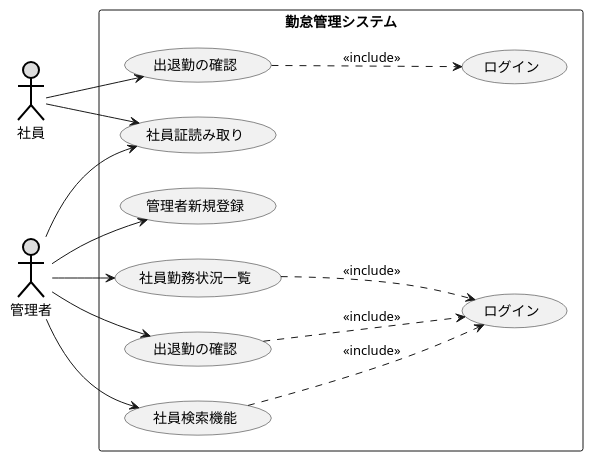
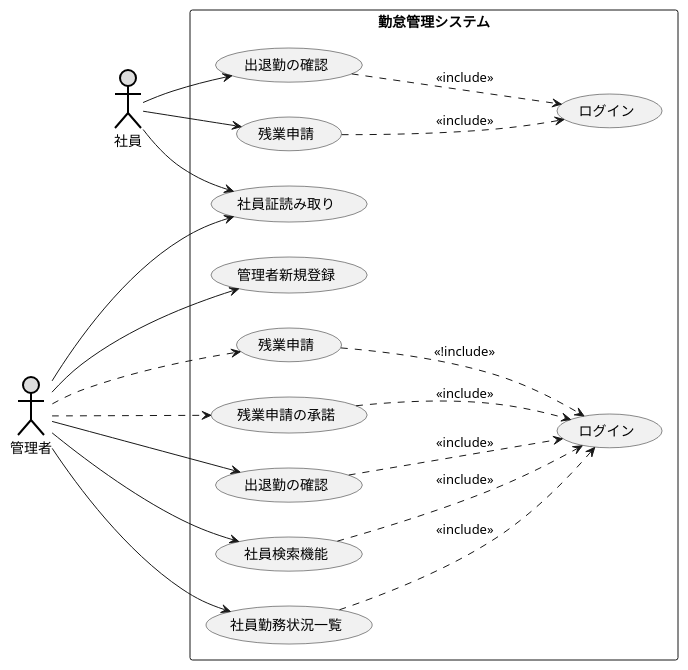
One commit to hosoya0503/uml-intro changed the diagram in pro.pu. Above: the diagram before and after it, drawn with PlantUML.

Commit message:
残業

```diff
--- a/pro.pu
+++ b/pro.pu
@@ -1,30 +1,38 @@
 @startuml プロジェクト開発
 left to right direction
 actor 社員 #DDDDDD;line:black;line.bold;
 actor 管理者 #DDDDDD;line:black;line.bold;
 rectangle 勤怠管理システム {
     usecase 社員証読み取り
     usecase ログイン as 社員ログイン
     usecase 出退勤の確認 as 社員用確認
+    usecase 残業申請 as 社員残業
 
     usecase ログイン as 管理者ログイン
     usecase 管理者新規登録
     usecase 出退勤の確認 as 管理者用確認
     usecase 社員検索機能
     usecase 社員勤務状況一覧
+    usecase 残業申請 as 管理者残業
+    usecase 残業申請の承諾
 
 }
 社員 --> 社員証読み取り
 社員 --> 社員用確認
 社員用確認 --.> 社員ログイン: << include >>
+社員 --> 社員残業
+社員残業 --.> 社員ログイン: << include >>
 
 管理者 --> 社員証読み取り
 管理者 --> 管理者新規登録
 管理者 --> 管理者用確認
 管理者用確認 --.> 管理者ログイン: << include >>
 管理者 --> 社員検索機能
 社員検索機能 --.> 管理者ログイン: << include >>
 管理者 --> 社員勤務状況一覧
 社員勤務状況一覧 --.> 管理者ログイン: << include >>
-
+管理者 --.> 管理者残業
+管理者残業 --.> 管理者ログイン: << !include >>
+管理者 --.> 残業申請の承諾
+残業申請の承諾 --.> 管理者ログイン: << include >>
 @enduml
```
